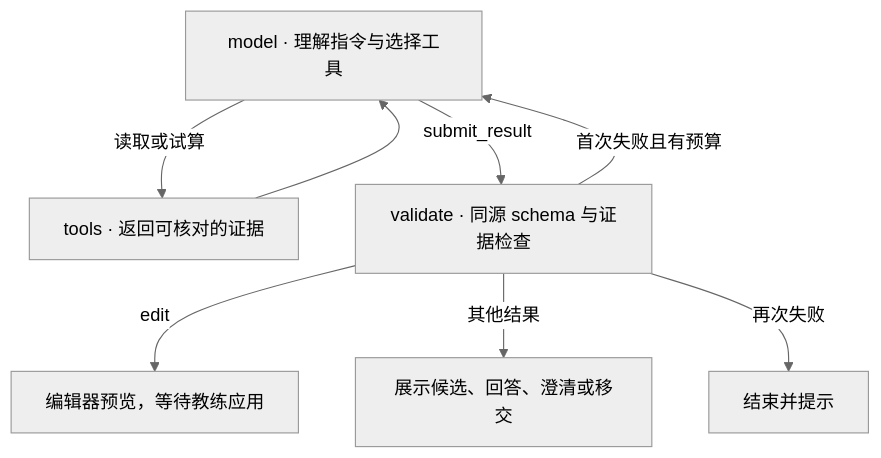
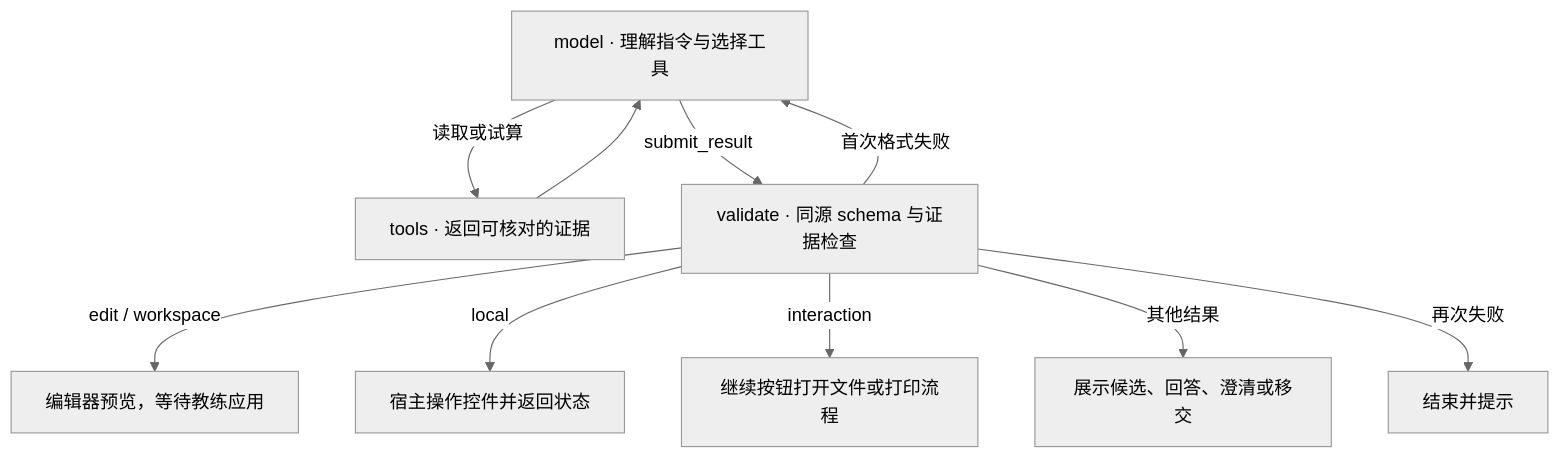
One commit to TIMPICKLE/playbook-studio-web changed the diagram in docs/BOARD_ASSISTANT.md. Above: the diagram before and after it, drawn with Mermaid (neutral theme). The commit also changed other lines of this file and 37 other files, not shown here.

````diff
--- a/docs/BOARD_ASSISTANT.md
+++ b/docs/BOARD_ASSISTANT.md
@@ -7,10 +7,12 @@
 ```mermaid
 flowchart TD
     M["model · 理解指令与选择工具"] -->|"读取或试算"| T["tools · 返回可核对的证据"]
     T --> M
     M -->|"submit_result"| V["validate · 同源 schema 与证据检查"]
-    V -->|"首次失败且有预算"| M
-    V -->|"edit"| P["编辑器预览，等待教练应用"]
+    V -->|"首次格式失败"| M
+    V -->|"edit / workspace"| P["编辑器预览，等待教练应用"]
+    V -->|"local"| L["宿主操作控件并返回状态"]
+    V -->|"interaction"| I["继续按钮打开文件或打印流程"]
     V -->|"其他结果"| R["展示候选、回答、澄清或移交"]
     V -->|"再次失败"| F["结束并提示"]
 ```
````
